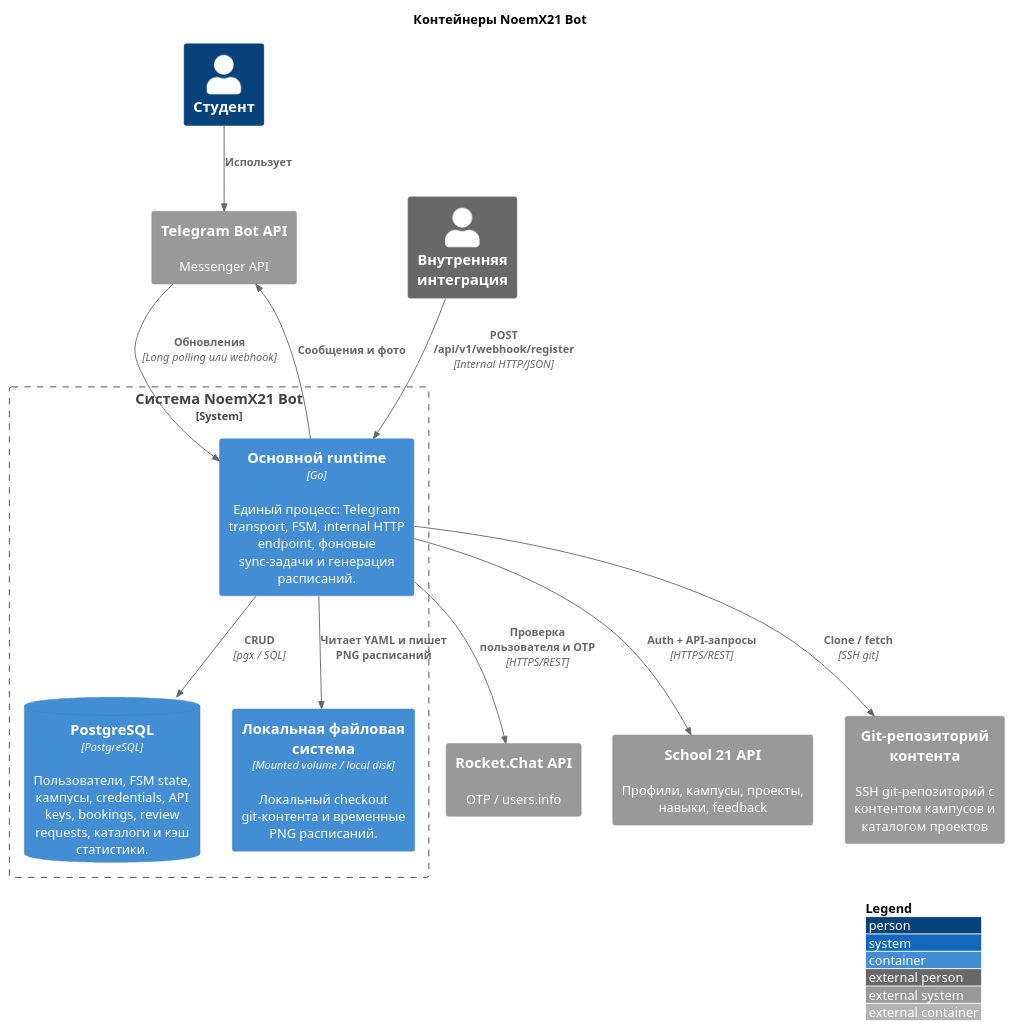
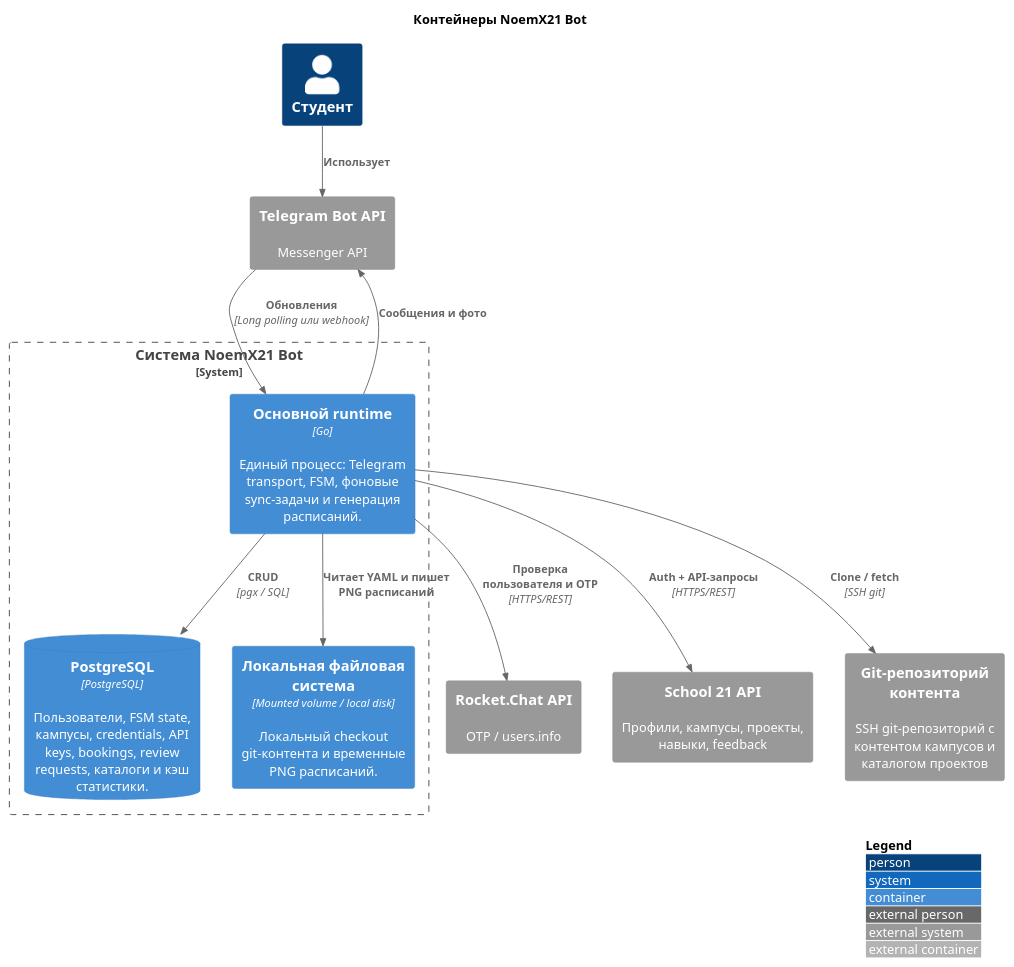
Before and after one commit to vgy789/NoemX21-bot: the diagram in docs/c4/c4_container.puml, drawn with PlantUML. The commit also changed 39 other files, not shown here.

Commit message:
feat(api): внедрён postgREST для внешнего API, удалён прошлый webhook для проверки регистрации

```diff
--- a/docs/c4/c4_container.puml
+++ b/docs/c4/c4_container.puml
@@ -1,34 +1,31 @@
 @startuml
 !include https://raw.githubusercontent.com/plantuml-stdlib/C4-PlantUML/master/C4_Container.puml
 
 LAYOUT_WITH_LEGEND()
 
 title Контейнеры NoemX21 Bot
 
 Person(student, "Студент")
-Person_Ext(integrator, "Внутренняя интеграция")
 
 System_Boundary(noemx, "Система NoemX21 Bot") {
-    Container(app, "Основной runtime", "Go", "Единый процесс: Telegram transport, FSM, internal HTTP endpoint, фоновые sync-задачи и генерация расписаний.")
+    Container(app, "Основной runtime", "Go", "Единый процесс: Telegram transport, FSM, фоновые sync-задачи и генерация расписаний.")
     ContainerDb(db, "PostgreSQL", "PostgreSQL", "Пользователи, FSM state, кампусы, credentials, API keys, bookings, review requests, каталоги и кэш статистики.")
     Container(fs, "Локальная файловая система", "Mounted volume / local disk", "Локальный checkout git-контента и временные PNG расписаний.")
 }
 
 System_Ext(telegram, "Telegram Bot API", "Messenger API")
 System_Ext(rocket, "Rocket.Chat API", "OTP / users.info")
 System_Ext(s21, "School 21 API", "Профили, кампусы, проекты, навыки, feedback")
 System_Ext(git_repo, "Git-репозиторий контента", "SSH git-репозиторий с контентом кампусов и каталогом проектов")
 
 Rel(student, telegram, "Использует")
 Rel(telegram, app, "Обновления", "Long polling или webhook")
 Rel(app, telegram, "Сообщения и фото")
 
-Rel(integrator, app, "POST /api/v1/webhook/register", "Internal HTTP/JSON")
-
 Rel(app, db, "CRUD", "pgx / SQL")
 Rel(app, fs, "Читает YAML и пишет PNG расписаний")
 Rel(app, rocket, "Проверка пользователя и OTP", "HTTPS/REST")
 Rel(app, s21, "Auth + API-запросы", "HTTPS/REST")
 Rel(app, git_repo, "Clone / fetch", "SSH git")
 
 @enduml
```
